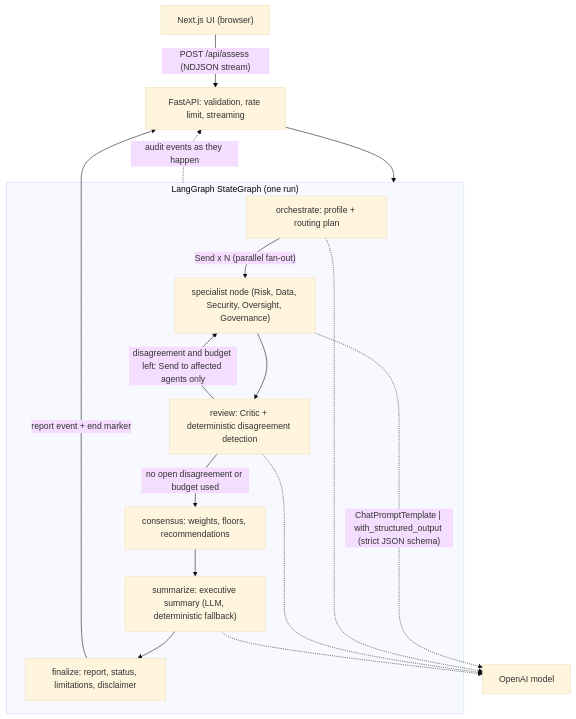
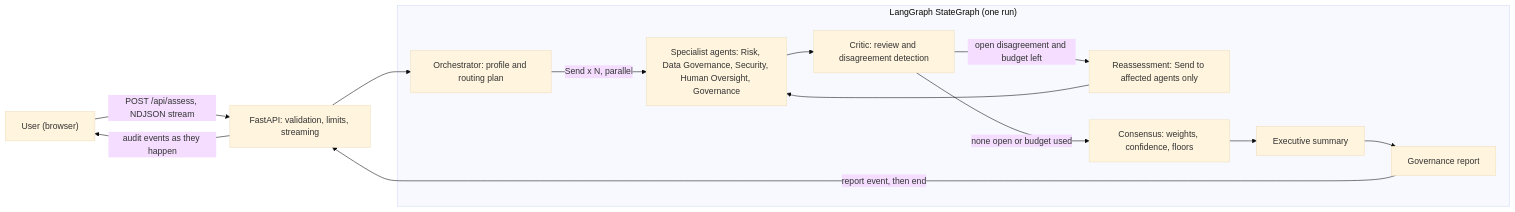
One commit to shahil5z/europa-ai-governance changed the diagram in README.md. Above: the diagram before and after it, drawn with Mermaid (base theme). The commit also changed other lines of this file and 3 other files, not shown here.

Commit message:
docs: README with live demo, architecture and setup; project context and screenshot

````diff
--- a/README.md
+++ b/README.md
@@ -23,21 +47,18 @@
 ```mermaid
-flowchart TD
-    UI["Next.js UI (browser)"] -->|"POST /api/assess (NDJSON stream)"| API["FastAPI: validation, rate limit, streaming"]
-    API --> G
+flowchart LR
+    U["User (browser)"] -->|"POST /api/assess, NDJSON stream"| API["FastAPI: validation, limits, streaming"]
+    API --> O
 
     subgraph G["LangGraph StateGraph (one run)"]
-        O["orchestrate: profile + routing plan"] -->|"Send x N (parallel fan-out)"| S["specialist node (Risk, Data, Security, Oversight, Governance)"]
-        S --> R["review: Critic + deterministic disagreement detection"]
-        R -->|"disagreement and budget left: Send to affected agents only"| S
-        R -->|"no open disagreement or budget used"| C["consensus: weights, floors, recommendations"]
-        C --> SM["summarize: executive summary (LLM, deterministic fallback)"]
-        SM --> F["finalize: report, status, limitations, disclaimer"]
+        O["Orchestrator: profile and routing plan"] -->|"Send x N, parallel"| S["Specialist agents: Risk, Data Governance, Security, Human Oversight, Governance"]
+        S --> K["Critic: review and disagreement detection"]
+        K -->|"open disagreement and budget left"| R["Reassessment: Send to affected agents only"]
+        R --> S
+        K -->|"none open or budget used"| C["Consensus: weights, confidence, floors"]
+        C --> SM["Executive summary"]
+        SM --> F["Governance report"]
     end
 
-    S -.->|"ChatPromptTemplate | with_structured_output (strict JSON schema)"| LLM["OpenAI model"]
-    O -.-> LLM
-    R -.-> LLM
-    SM -.-> LLM
-    F -->|"report event + end marker"| API
-    G -.->|"audit events as they happen"| API
+    F -->|"report event, then end"| API
+    API -->|"audit events as they happen"| U
 ```
````
